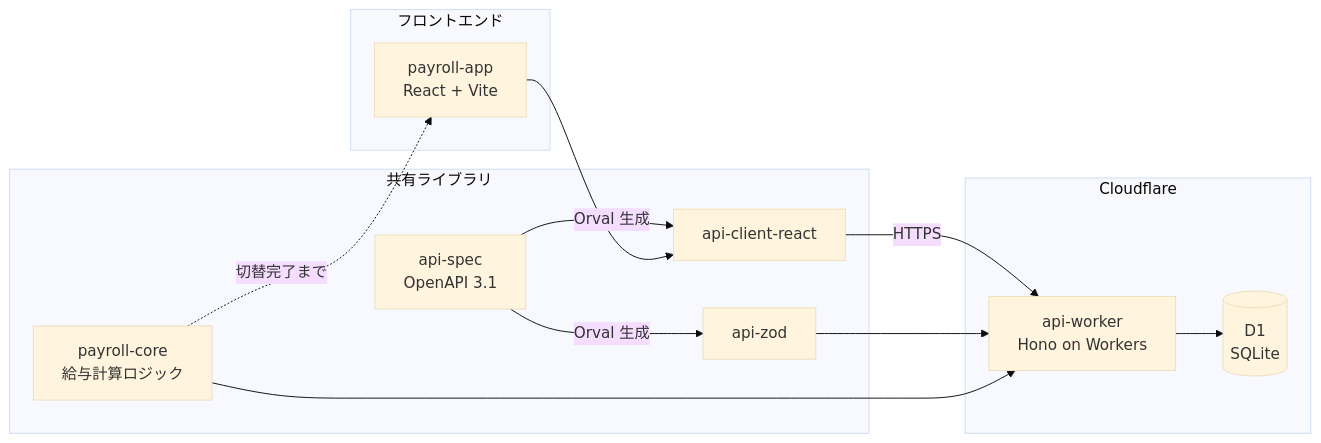
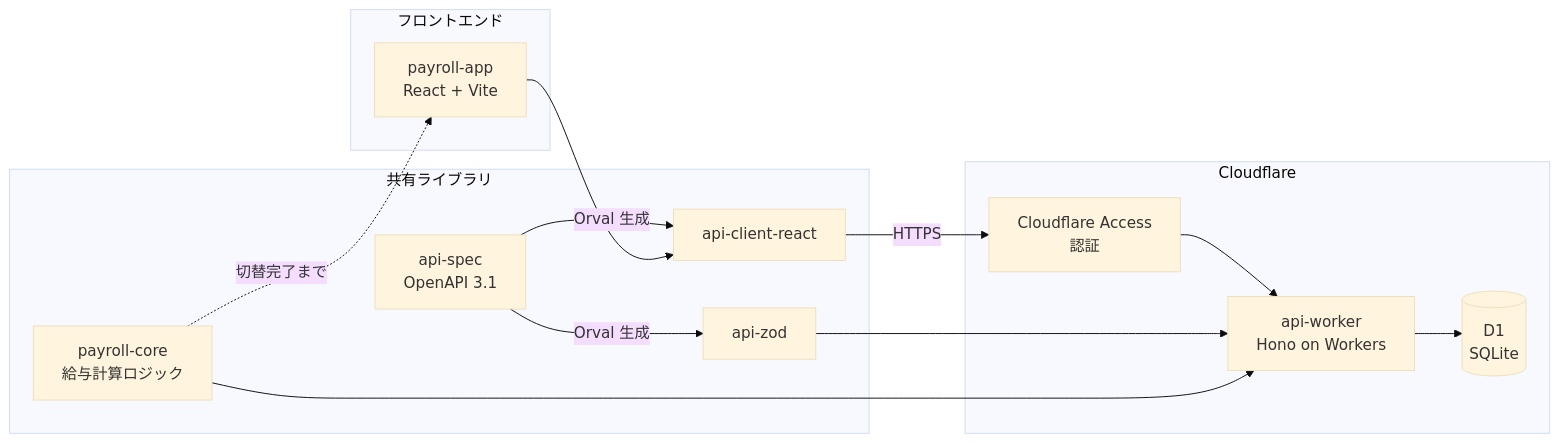
The diagram in docs/plans/2026-06-12-cloudflare-workers-d1-backend-plan.md (junichi1225-lang/Payroll-Admin), drawn with Mermaid (base theme) before and after one commit. The commit also changed other lines of this file, not shown here.

First line of the commit message:
docs(plans): 認証は Cloudflare Access、テナント分離はスコープ外と決定

````diff
--- a/docs/plans/2026-06-12-cloudflare-workers-d1-backend-plan.md
+++ b/docs/plans/2026-06-12-cloudflare-workers-d1-backend-plan.md
@@ -101,24 +109,26 @@
 ```mermaid
 graph LR
     subgraph フロントエンド
         APP[payroll-app<br>React + Vite]
     end
     subgraph 共有ライブラリ
         SPEC[api-spec<br>OpenAPI 3.1]
         CLIENT[api-client-react]
         ZOD[api-zod]
         CORE[payroll-core<br>給与計算ロジック]
     end
     subgraph Cloudflare
+        ACCESS[Cloudflare Access<br>認証]
         WORKER[api-worker<br>Hono on Workers]
         D1[(D1<br>SQLite)]
     end
     SPEC -->|Orval 生成| CLIENT
     SPEC -->|Orval 生成| ZOD
     APP --> CLIENT
-    CLIENT -->|HTTPS| WORKER
+    CLIENT -->|HTTPS| ACCESS
+    ACCESS --> WORKER
     ZOD --> WORKER
     CORE --> WORKER
     CORE -.->|切替完了まで| APP
     WORKER --> D1
 ```
````
